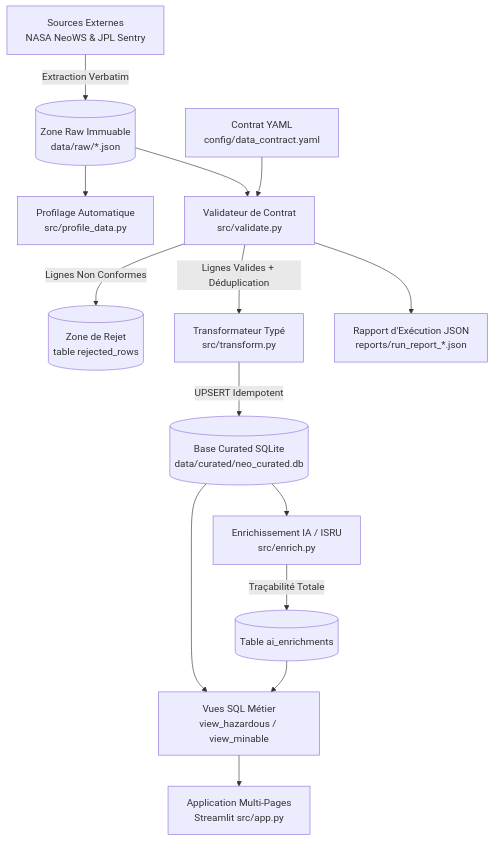
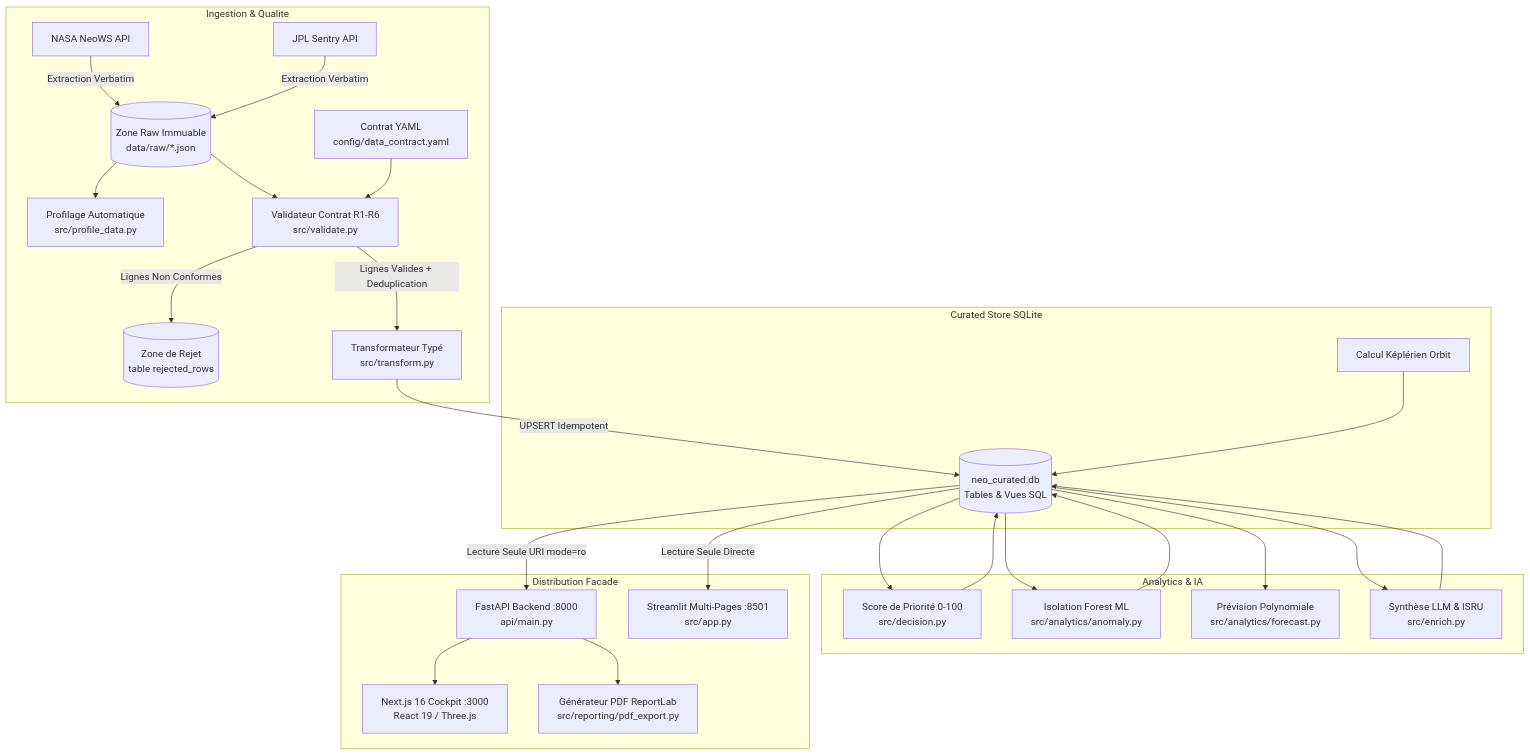
The diagram in README.md (kratos45/exowatch), drawn with Mermaid before and after one commit. The commit also changed other lines of this file and 1 other file, not shown here.

Commit message:
docs: enrich README with comprehensive glossary, architecture breakdown, and quickstart guide; feat(ui): enforce pure dark mode across Next.js frontend

````diff
--- a/README.md
+++ b/README.md
@@ -18,16 +39,34 @@
 ```mermaid
 graph TD
-    A[Sources Externes<br/>NASA NeoWS & JPL Sentry] -->|Extraction Verbatim| B[(Zone Raw Immuable<br/>data/raw/*.json)]
-    B --> C[Profilage Automatique<br/>src/profile_data.py]
-    B --> D[Validateur de Contrat<br/>src/validate.py]
-    E[Contrat YAML<br/>config/data_contract.yaml] --> D
-    D -->|Lignes Non Conformes| F[(Zone de Rejet<br/>table rejected_rows)]
-    D -->|Lignes Valides + Déduplication| G[Transformateur Typé<br/>src/transform.py]
-    G -->|UPSERT Idempotent| H[(Base Curated SQLite<br/>data/curated/neo_curated.db)]
-    H --> I[Enrichissement IA / ISRU<br/>src/enrich.py]
-    I -->|Traçabilité Totale| J[(Table ai_enrichments)]
-    H --> K[Vues SQL Métier<br/>view_hazardous / view_minable]
-    J --> K
-    K --> L[Application Multi-Pages<br/>Streamlit src/app.py]
-    D --> M[Rapport d'Exécution JSON<br/>reports/run_report_*.json]
+    subgraph Ingestion & Qualite
+        NASA[NASA NeoWS API] -->|Extraction Verbatim| RAW[(Zone Raw Immuable<br/>data/raw/*.json)]
+        JPL[JPL Sentry API] -->|Extraction Verbatim| RAW
+        RAW --> PROF[Profilage Automatique<br/>src/profile_data.py]
+        RAW --> VAL[Validateur Contrat R1-R6<br/>src/validate.py]
+        CONTRACT[Contrat YAML<br/>config/data_contract.yaml] --> VAL
+        VAL -->|Lignes Non Conformes| REJ[(Zone de Rejet<br/>table rejected_rows)]
+        VAL -->|Lignes Valides + Deduplication| TRANS[Transformateur Typé<br/>src/transform.py]
+    end
+
+    subgraph Curated Store SQLite
+        TRANS -->|UPSERT Idempotent| DB[(neo_curated.db<br/>Tables & Vues SQL)]
+        ORBIT[Calcul Képlérien Orbit] --> DB
+    end
+
+    subgraph Analytics & IA
+        DB --> PRIO[Score de Priorité 0-100<br/>src/decision.py]
+        DB --> ANOM[Isolation Forest ML<br/>src/analytics/anomaly.py]
+        DB --> FORE[Prévision Polynomiale<br/>src/analytics/forecast.py]
+        DB --> LLM[Synthèse LLM & ISRU<br/>src/enrich.py]
+        PRIO --> DB
+        ANOM --> DB
+        LLM --> DB
+    end
+
+    subgraph Distribution Facade
+        DB -->|Lecture Seule URI mode=ro| API[FastAPI Backend :8000<br/>api/main.py]
+        DB -->|Lecture Seule Directe| ST[Streamlit Multi-Pages :8501<br/>src/app.py]
+        API --> NEXT[Next.js 16 Cockpit :3000<br/>React 19 / Three.js]
+        API --> PDF[Générateur PDF ReportLab<br/>src/reporting/pdf_export.py]
+    end
 ```
````
